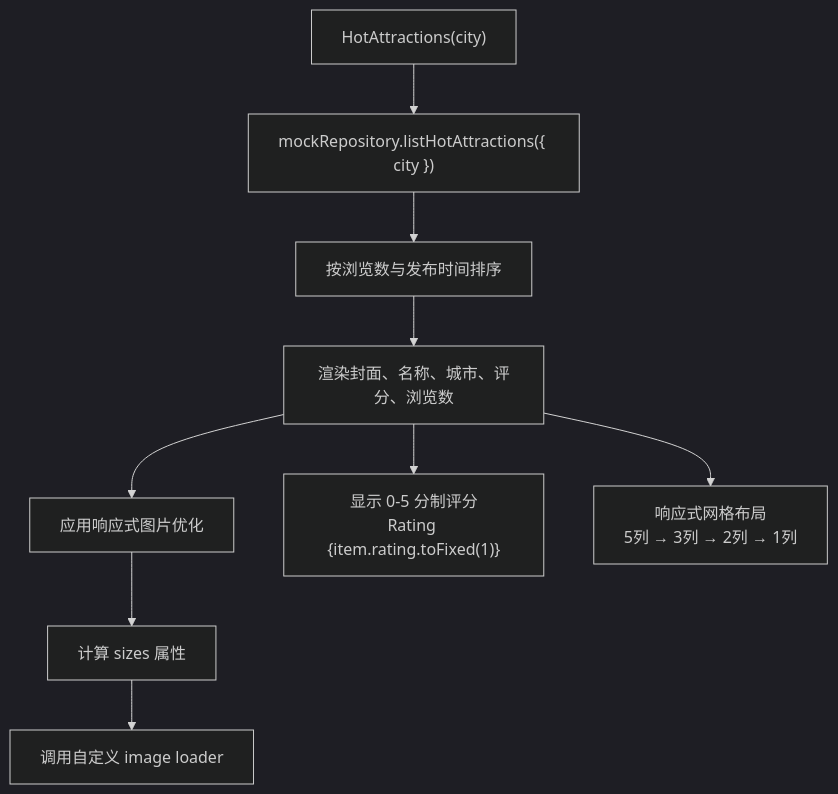
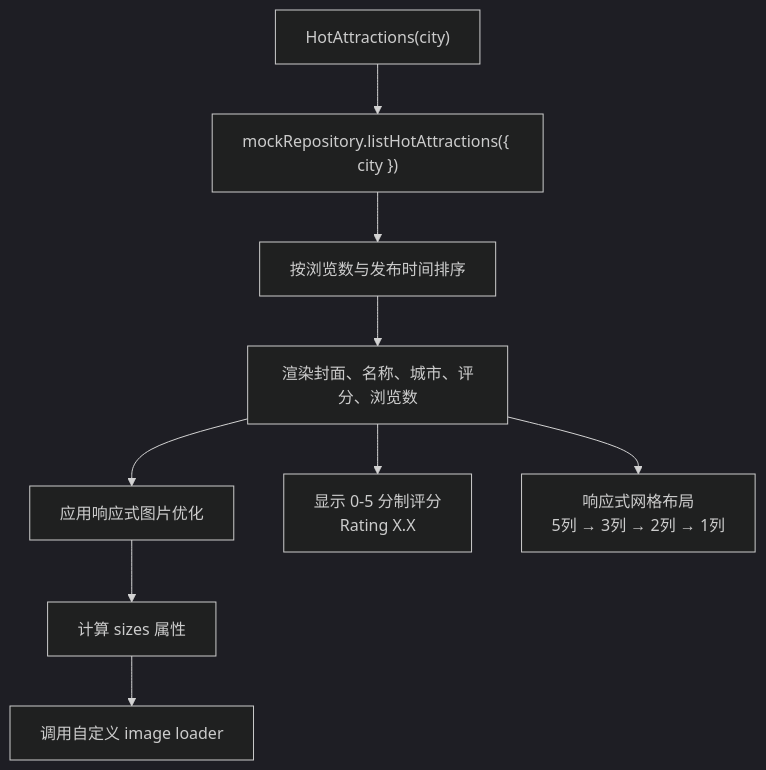
One commit to luyitiger6/my-first-project changed diagram 13 of 17 in .qoder/repowiki/zh/content/规格驱动开发/WanderChain 首页规格文档/WanderChain 首页规格文档.md. Above: the diagram before and after it, drawn with Mermaid (dark theme). The commit also changed other lines of this file and 54 other files, not shown here.

````diff
--- a/.qoder/repowiki/zh/content/规格驱动开发/WanderChain 首页规格文档/WanderChain 首页规格文档.md
+++ b/.qoder/repowiki/zh/content/规格驱动开发/WanderChain 首页规格文档/WanderChain 首页规格文档.md
@@ -510,11 +580,11 @@
 ```mermaid
 flowchart TD
 Start["HotAttractions(city)"] --> Fetch["mockRepository.listHotAttractions({ city })"]
 Fetch --> Sort["按浏览数与发布时间排序"]
 Sort --> Render["渲染封面、名称、城市、评分、浏览数"]
 Render --> ImageOpt["应用响应式图片优化"]
 ImageOpt --> Sizes["计算 sizes 属性"]
 Sizes --> Loader["调用自定义 image loader"]
-Render --> RatingDisplay["显示 0-5 分制评分<br/>Rating {item.rating.toFixed(1)}"]
+Render --> RatingDisplay["显示 0-5 分制评分<br/>Rating X.X"]
 Render --> ResponsiveGrid["响应式网格布局<br/>5列 → 3列 → 2列 → 1列"]
 ```
````
